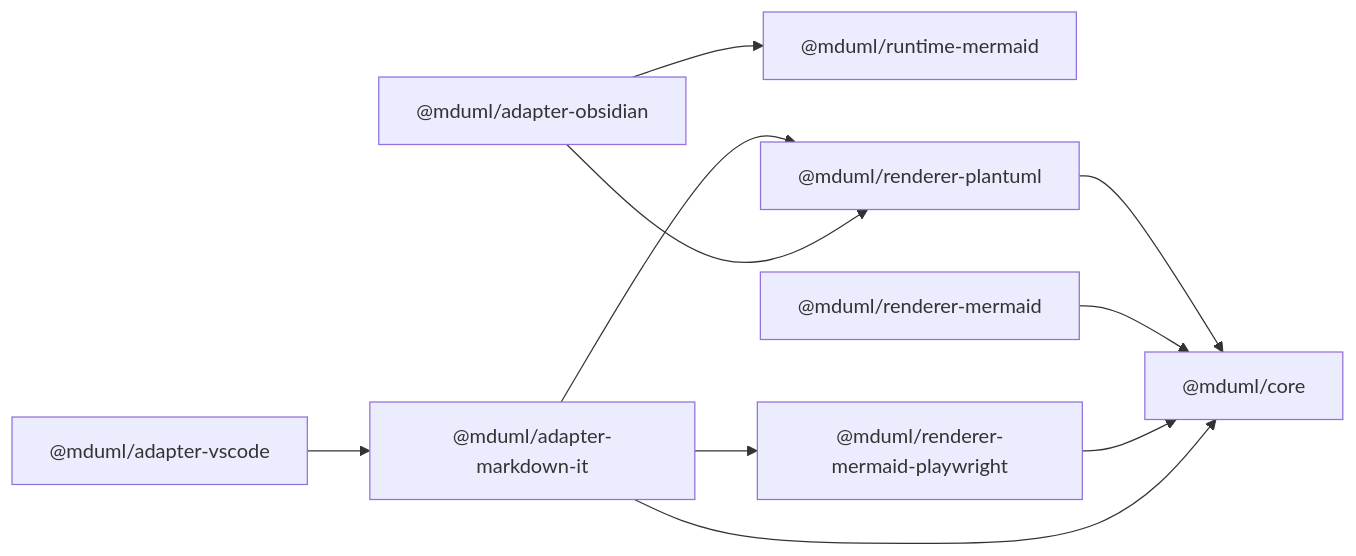
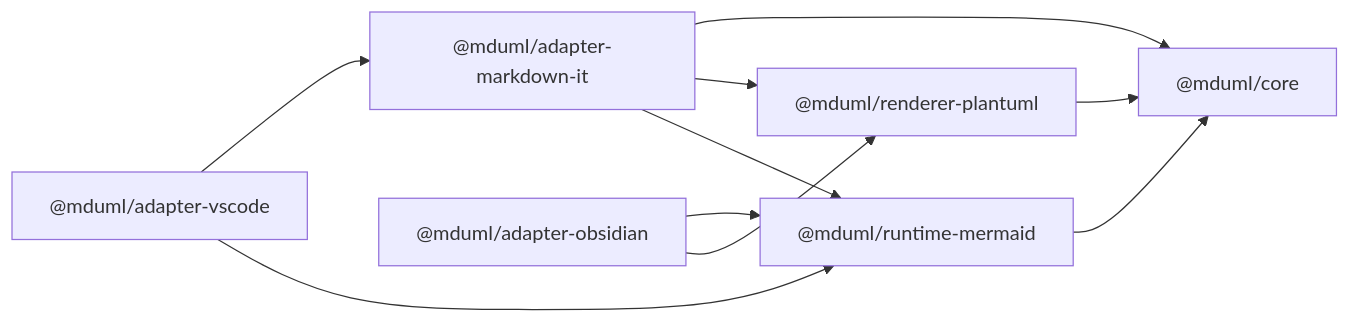
The first of 2 diagrams in docs/codegraph.md (guangyiliushan/mduml), drawn with Mermaid before and after one commit. The commit also changed other lines of this file and 14 other files, not shown here.

Commit message:
docs: update architecture/package graph/project structure after 8->6 package consolidation; root scripts to pnpm -r

````diff
--- a/docs/codegraph.md
+++ b/docs/codegraph.md
@@ -12,21 +10,19 @@
 ```mermaid
 flowchart LR
   core["@mduml/core"]
   rt["@mduml/runtime-mermaid"]
   rp["@mduml/renderer-plantuml"]
-  rm["@mduml/renderer-mermaid"]
-  rmp["@mduml/renderer-mermaid-playwright"]
   md["@mduml/adapter-markdown-it"]
   vs["@mduml/adapter-vscode"]
   ob["@mduml/adapter-obsidian"]
 
   rp --> core
-  rm --> core
-  rmp --> core
+  rt --> core
   md --> core
   md --> rp
-  md --> rmp
+  md --> rt
   vs --> md
+  vs --> rt
   ob --> rt
   ob --> rp
 ```
````
